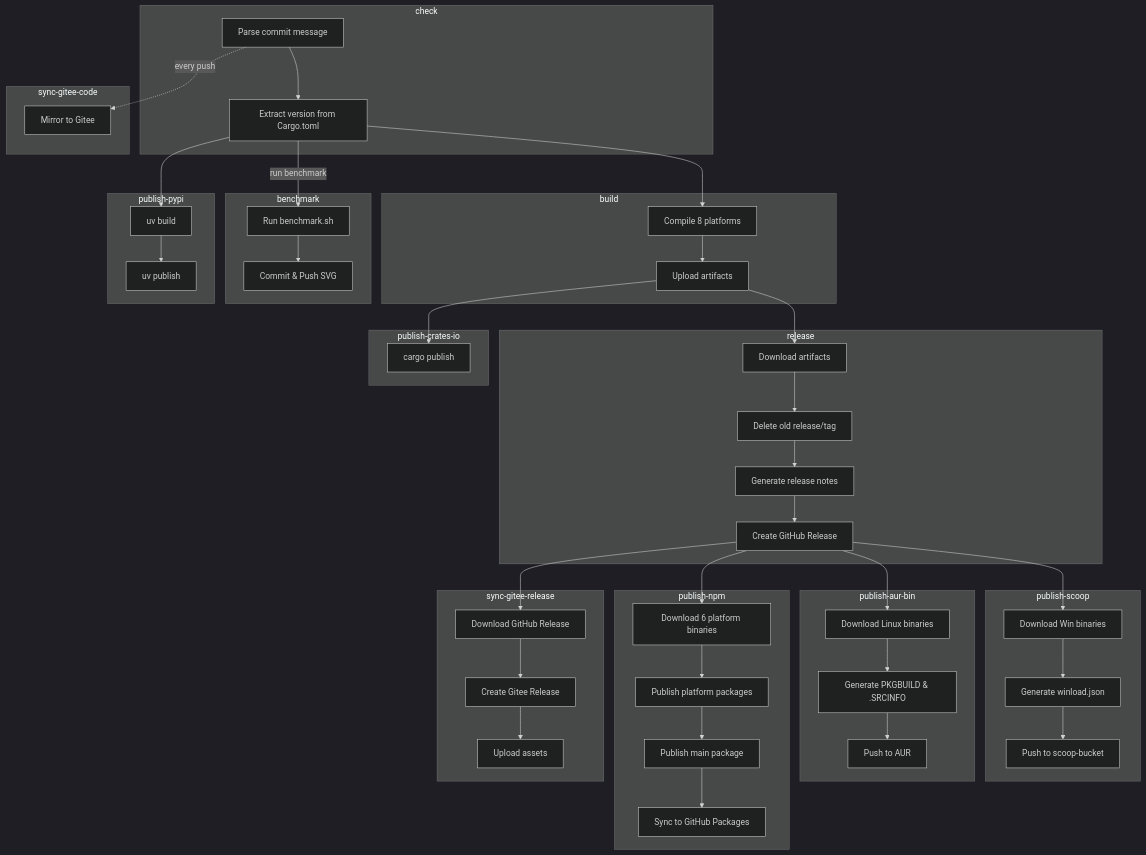
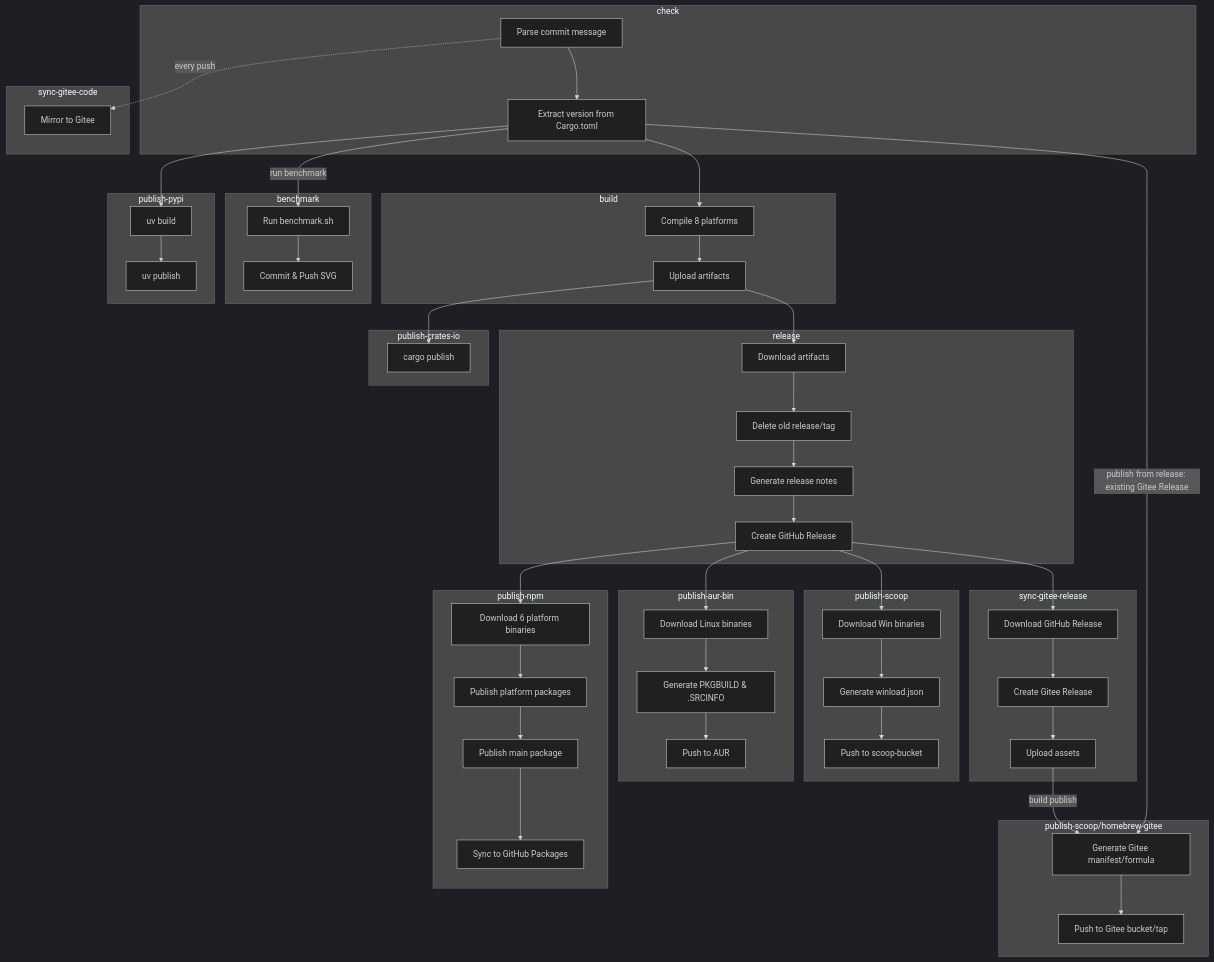
Before and after one commit to VincentZyuApps/winload: the diagram in .github/workflows/build.md, drawn with Mermaid (dark theme). The commit also changed other lines of this file and 13 other files, not shown here.

First line of the commit message:
release: 准备 v0.1.12-rc.1 并调整 Gitee 发布链路

````diff
--- a/.github/workflows/build.md
+++ b/.github/workflows/build.md
@@ -175,6 +176,11 @@
         S1[Download Win binaries]
         S2[Generate winload.json]
         S3[Push to scoop-bucket]
+    end
+
+    subgraph giteePackage["publish-scoop/homebrew-gitee"]
+        G1[Generate Gitee manifest/formula]
+        G2[Push to Gitee bucket/tap]
     end
     
     subgraph aur["publish-aur-bin"]
@@ -229,4 +235,7 @@
     N1 --> N2 --> N3 --> N4
     R4 --> SR1
     SR1 --> SR2 --> SR3
+    SR3 --"build publish"--> G1
+    C2 --"publish from release: existing Gitee Release"--> G1
+    G1 --> G2
 ```
````
